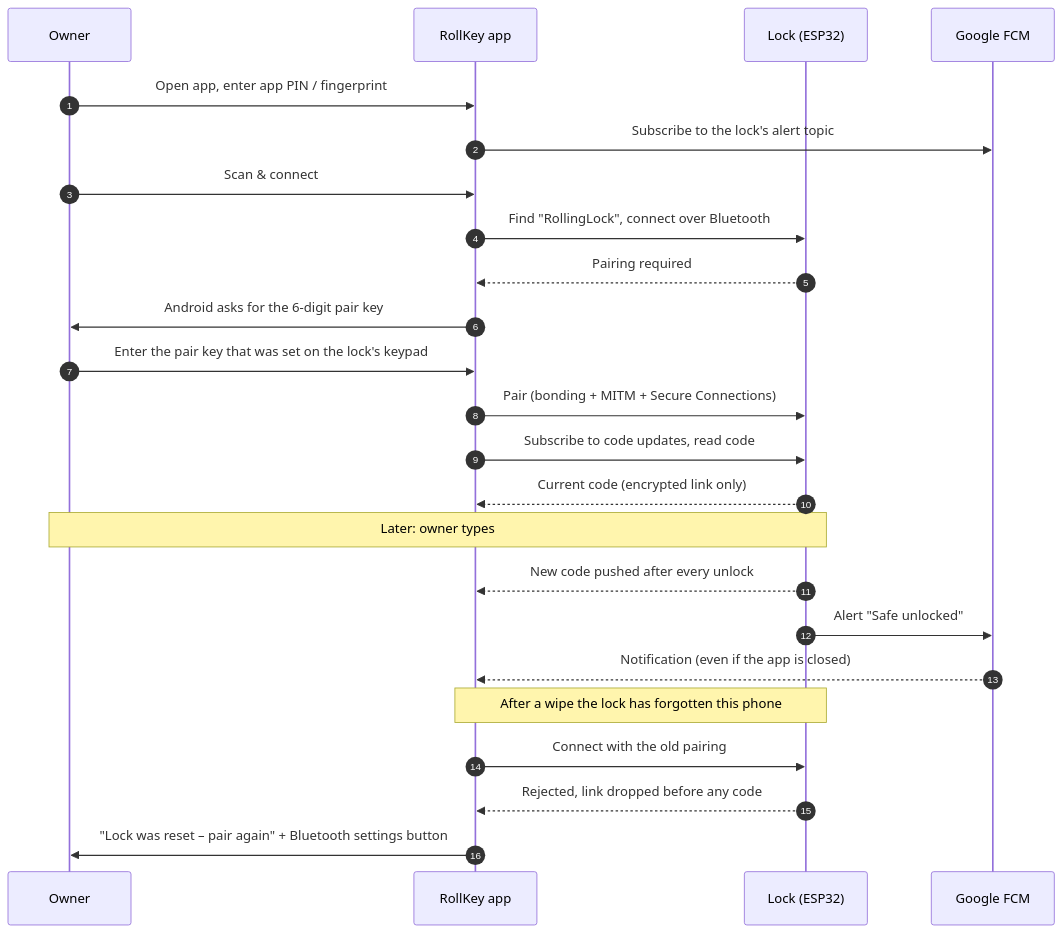
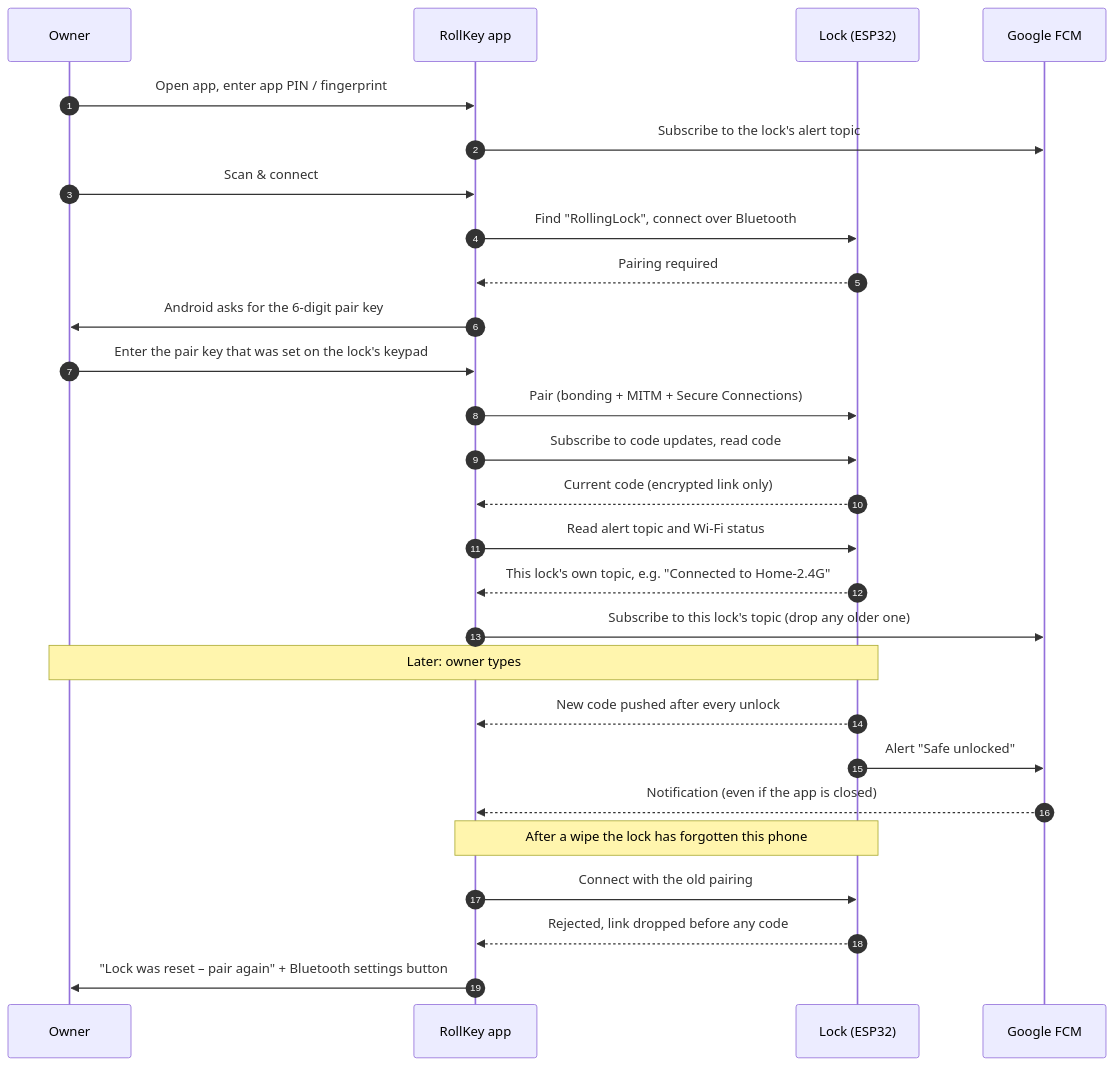
Before and after one commit to kaweesha2002/RollKey: the sixth of 7 diagrams in docs/system_flowchart.md, drawn with Mermaid. The commit also changed other lines of this file and 20 other files, not shown here.

````diff
--- a/docs/system_flowchart.md
+++ b/docs/system_flowchart.md
@@ -231,28 +235,31 @@
 ```mermaid
 sequenceDiagram
     autonumber
     participant U as Owner
     participant P as RollKey app
     participant L as Lock (ESP32)
     participant G as Google FCM
 
     U->>P: Open app, enter app PIN / fingerprint
     P->>G: Subscribe to the lock's alert topic
     U->>P: Scan & connect
     P->>L: Find "RollingLock", connect over Bluetooth
     L-->>P: Pairing required
     P->>U: Android asks for the 6-digit pair key
     U->>P: Enter the pair key that was set on the lock's keypad
     P->>L: Pair (bonding + MITM + Secure Connections)
     P->>L: Subscribe to code updates, read code
     L-->>P: Current code (encrypted link only)
+    P->>L: Read alert topic and Wi-Fi status
+    L-->>P: This lock's own topic, e.g. "Connected to Home-2.4G"
+    P->>G: Subscribe to this lock's topic (drop any older one)
     Note over U,L: Later: owner types # + code on the keypad
     L-->>P: New code pushed after every unlock
     L->>G: Alert "Safe unlocked"
     G-->>P: Notification (even if the app is closed)
 
     Note over P,L: After a wipe the lock has forgotten this phone
     P->>L: Connect with the old pairing
     L-->>P: Rejected, link dropped before any code
     P->>U: "Lock was reset – pair again" + Bluetooth settings button
 ```
````
